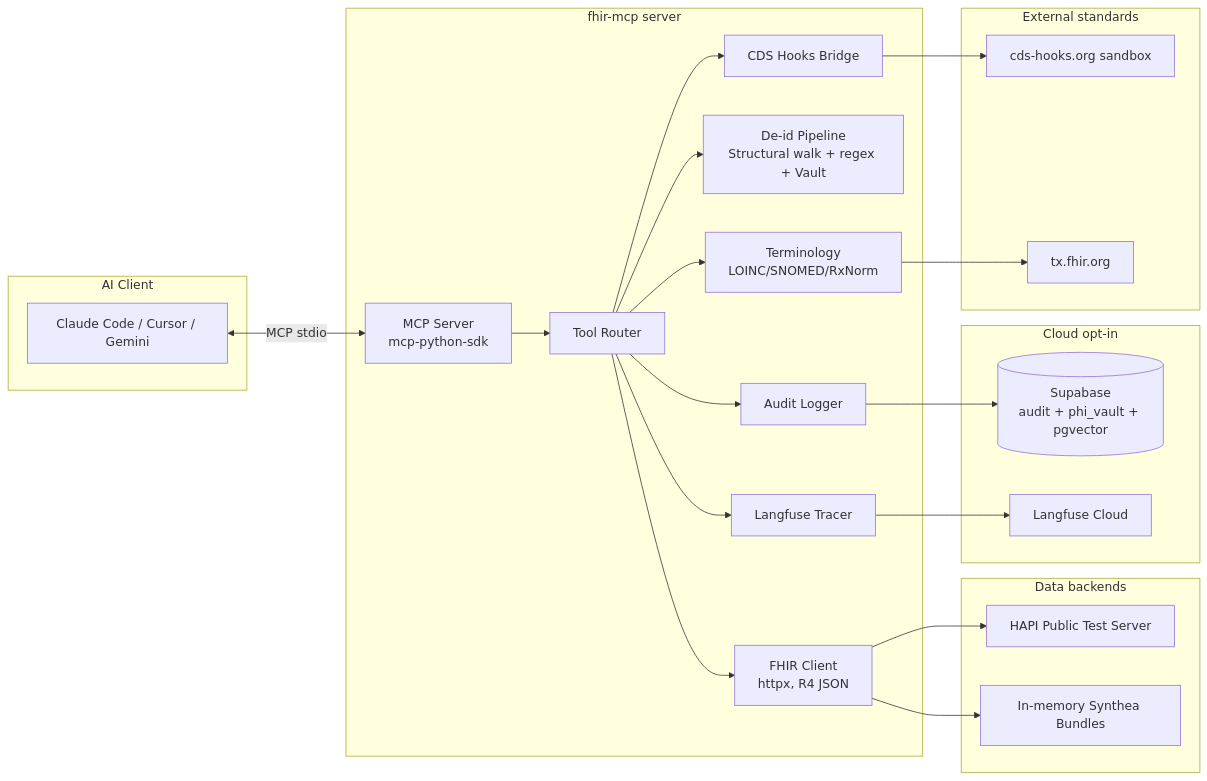
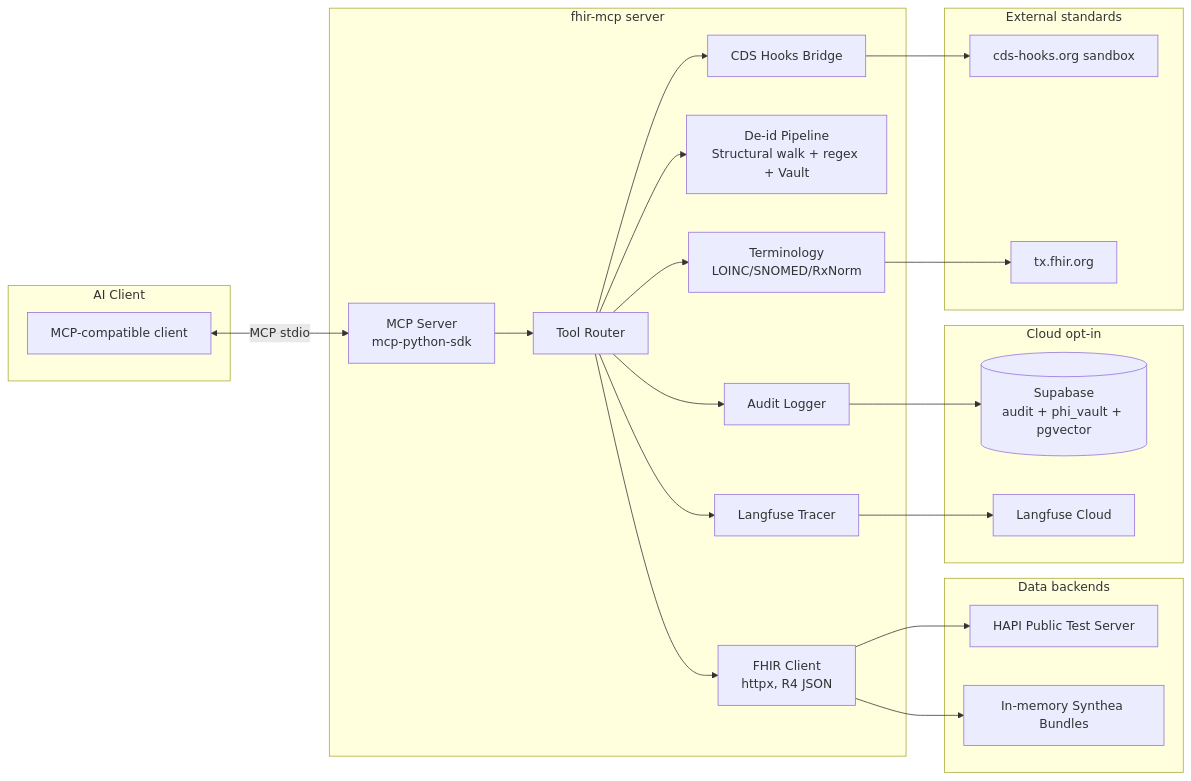
The diagram in README.md (DhairyaShah981/fhir-mcp), drawn with Mermaid before and after one commit. The commit also changed other lines of this file and 5 other files, not shown here.

````diff
--- a/README.md
+++ b/README.md
@@ -120,47 +123,47 @@
 ```mermaid
 flowchart LR
   subgraph CLI["AI Client"]
-    A[Claude Code / Cursor / Gemini]
+    A[MCP-compatible client]
   end
 
   subgraph SRV["fhir-mcp server"]
     B[MCP Server<br/>mcp-python-sdk]
     C[Tool Router]
     D[FHIR Client<br/>httpx, R4 JSON]
     E[De-id Pipeline<br/>Structural walk + regex + Vault]
     F[CDS Hooks Bridge]
     G[Terminology<br/>LOINC/SNOMED/RxNorm]
     H[Audit Logger]
     I[Langfuse Tracer]
   end
 
   subgraph BE["Data backends"]
     J[HAPI Public Test Server]
     K[In-memory Synthea Bundles]
   end
 
   subgraph OPT["Cloud opt-in"]
     L[(Supabase<br/>audit + phi_vault + pgvector)]
     M[Langfuse Cloud]
   end
 
   subgraph EXT["External standards"]
     N[cds-hooks.org sandbox]
     O[tx.fhir.org]
   end
 
   A <-->|MCP stdio| B
   B --> C
   C --> D
   C --> E
   C --> F
   C --> G
   C --> H
   C --> I
   D --> J
   D --> K
   F --> N
   G --> O
   H --> L
   I --> M
 ```
````
